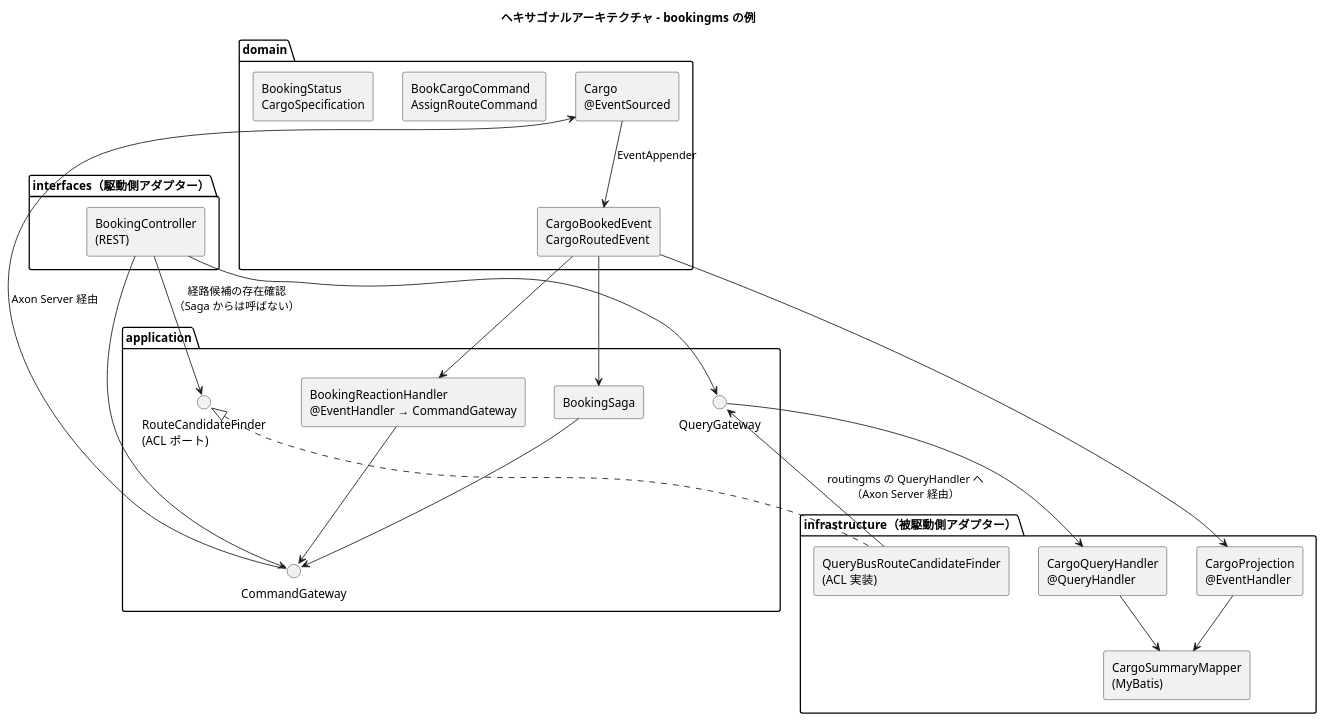
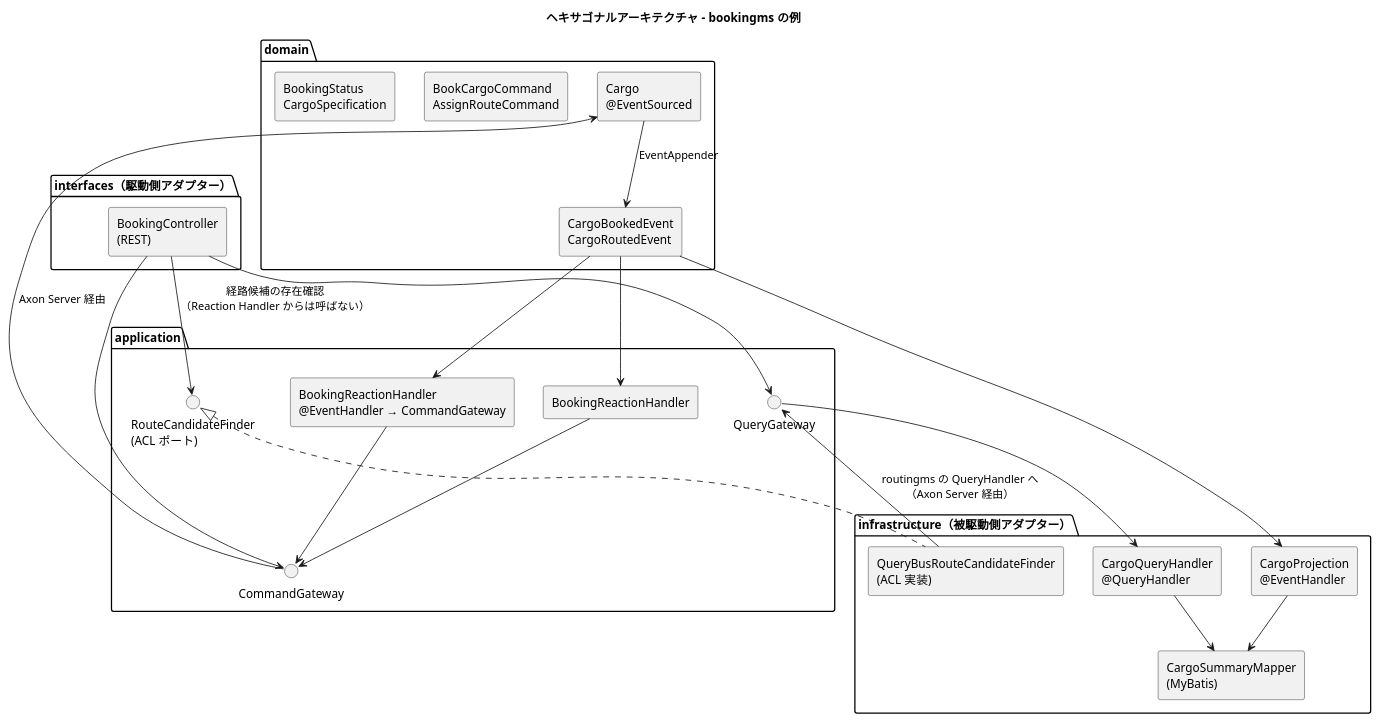
Before and after one commit to k2works/case-study-cargo-tracker: the third of 5 diagrams in docs/design/cargo-tracker/architecture_backend.md, drawn with PlantUML. The commit also changed other lines of this file and 14 other files, not shown here.

````diff
--- a/docs/design/cargo-tracker/architecture_backend.md
+++ b/docs/design/cargo-tracker/architecture_backend.md
@@ -256,49 +256,49 @@
 ```plantuml
 @startuml
 title ヘキサゴナルアーキテクチャ - bookingms の例
 
 skinparam componentStyle rectangle
 
 package "interfaces（駆動側アダプター）" {
   [BookingController\n(REST)] as api
 }
 
 package "application" {
   interface "CommandGateway" as cgw
   interface "QueryGateway" as qgw
-  [BookingSaga] as saga
+  [BookingReactionHandler] as saga
   [BookingReactionHandler\n@EventHandler → CommandGateway] as reaction
   interface "RouteCandidateFinder\n(ACL ポート)" as aclport
 }
 
 package "domain" {
   [Cargo\n@EventSourced] as cargo
   [BookCargoCommand\nAssignRouteCommand] as cmd
   [CargoBookedEvent\nCargoRoutedEvent] as evt
   [BookingStatus\nCargoSpecification] as vo
 }
 
 package "infrastructure（被駆動側アダプター）" {
   [CargoProjection\n@EventHandler] as proj
   [CargoSummaryMapper\n(MyBatis)] as mapper
   [CargoQueryHandler\n@QueryHandler] as qh
   [QueryBusRouteCandidateFinder\n(ACL 実装)] as aclimpl
 }
 
 api --> cgw
 api --> qgw
 cgw --> cargo : Axon Server 経由
 cargo --> evt : EventAppender
 evt --> proj
 evt --> saga
 evt --> reaction
 saga --> cgw
 reaction --> cgw
 proj --> mapper
 qgw --> qh
 qh --> mapper
-api --> aclport : 経路候補の存在確認\n（Saga からは呼ばない）
+api --> aclport : 経路候補の存在確認\n（Reaction Handler からは呼ばない）
 aclport <|.. aclimpl
 aclimpl --> qgw : routingms の QueryHandler へ\n（Axon Server 経由）
 @enduml
 ```
````
